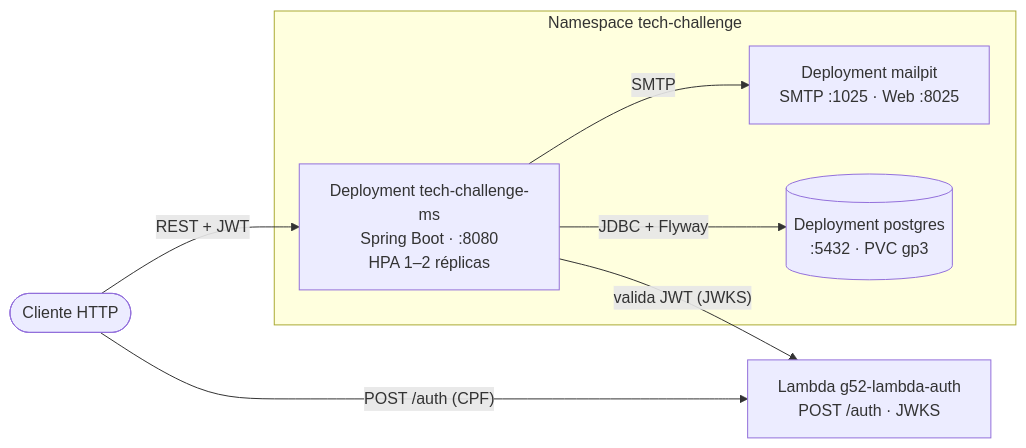
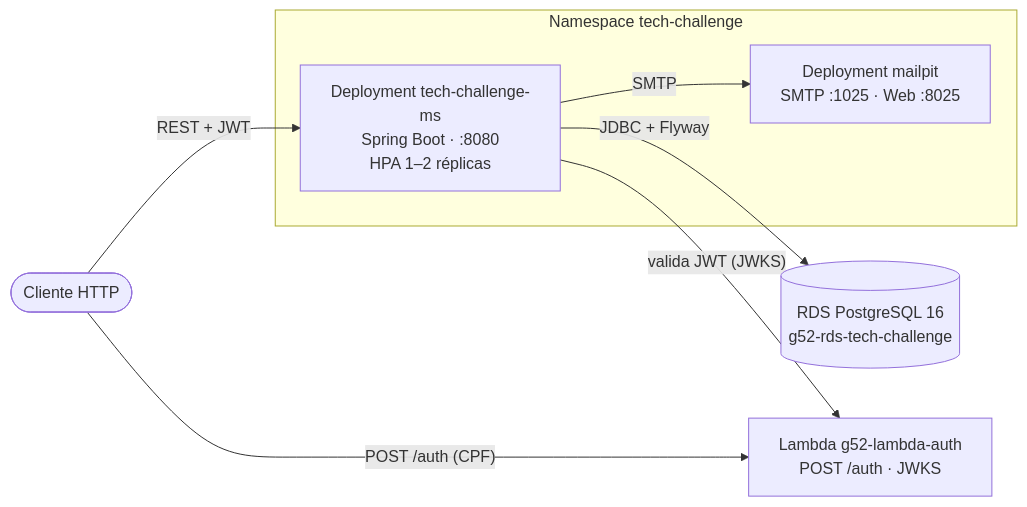
One commit to Teplotax/g52-app-tech-challenge changed the first of 3 diagrams in README.md. Above: the diagram before and after it, drawn with Mermaid. The commit also changed other lines of this file, not shown here.

````diff
--- a/README.md
+++ b/README.md
@@ -30,18 +30,19 @@
 ```mermaid
 flowchart LR
     client(["Cliente HTTP"])
 
     subgraph ns["Namespace tech-challenge"]
         app["Deployment tech-challenge-ms<br/>Spring Boot · :8080<br/>HPA 1–2 réplicas"]
         mp["Deployment mailpit<br/>SMTP :1025 · Web :8025"]
-        pg[("Deployment postgres<br/>:5432 · PVC gp3")]
     end
+
+    pg[("RDS PostgreSQL 16<br/>g52-rds-tech-challenge")]
 
     lambda["Lambda g52-lambda-auth<br/>POST /auth · JWKS"]
 
     client -- "POST /auth (CPF)" --> lambda
     client -- "REST + JWT" --> app
     app -- "valida JWT (JWKS)" --> lambda
     app -- "SMTP" --> mp
     app -- "JDBC + Flyway" --> pg
 ```
````
